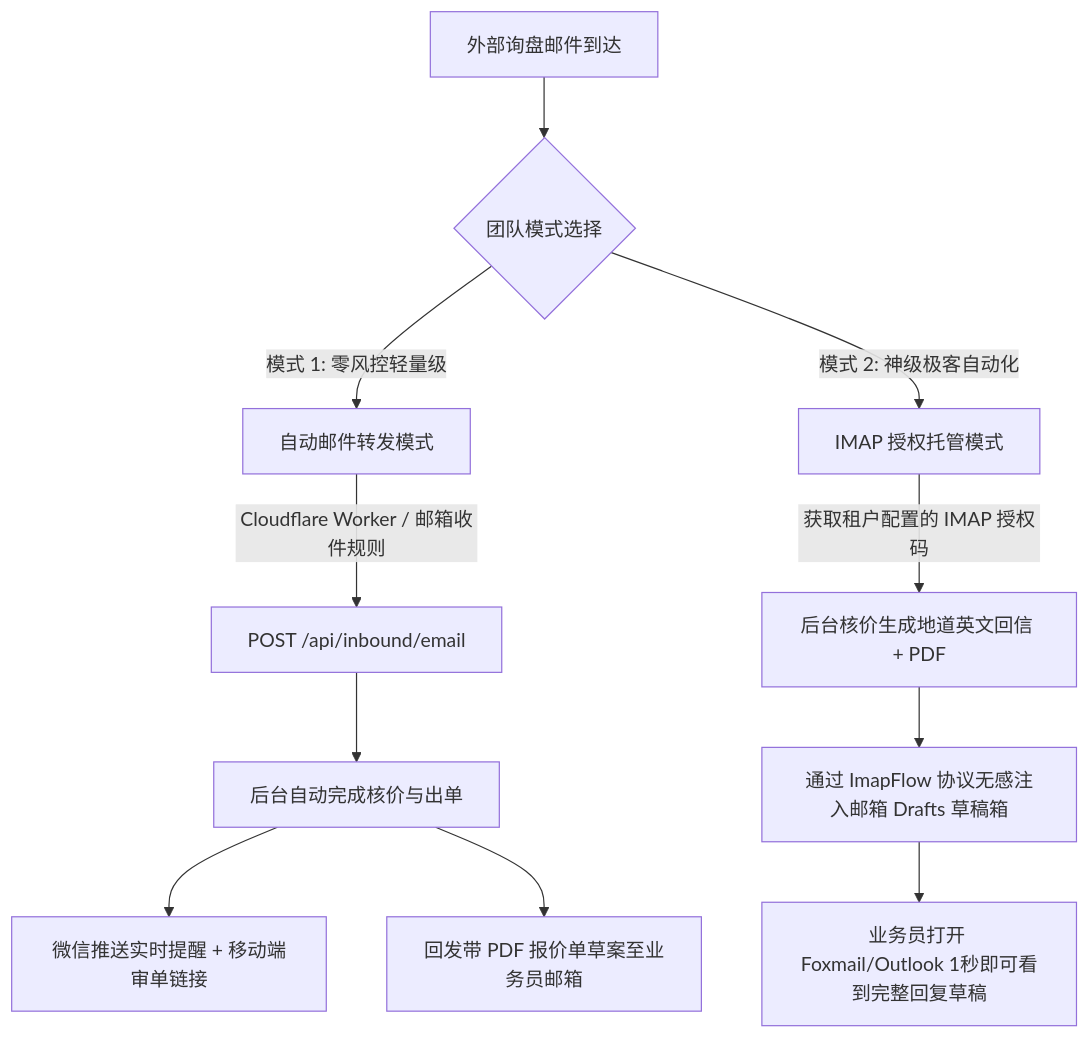
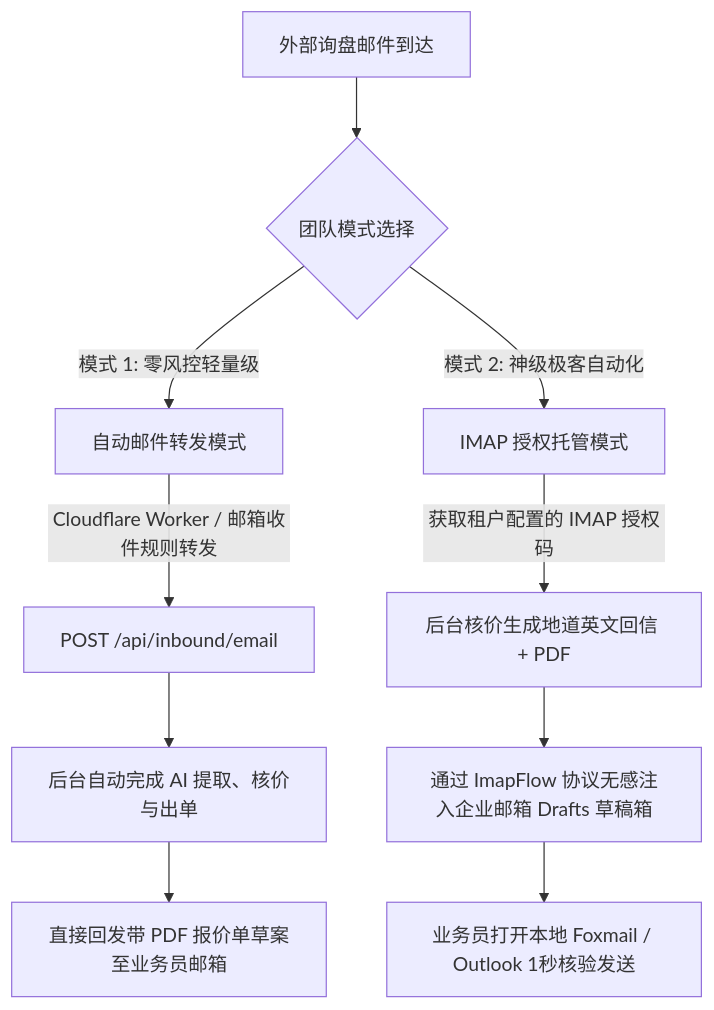
Before and after one commit to KelvinTsui820/kelvinflow-quote-engine: the second of 2 diagrams in SYSTEM_SPECIFICATION.md, drawn with Mermaid. The commit also changed other lines of this file and 1 other file, not shown here.

First line of the commit message:
docs: align system specification with authoritative dual-sheet pricing & email delivery rules

````diff
--- a/SYSTEM_SPECIFICATION.md
+++ b/SYSTEM_SPECIFICATION.md
@@ -310,15 +293,14 @@
 ```mermaid
 graph TD
     IN[外部询盘邮件到达] --> DECIDE{团队模式选择}
     DECIDE -->|模式 1: 零风控轻量级| M1[自动邮件转发模式]
     DECIDE -->|模式 2: 神级极客自动化| M2[IMAP 授权托管模式]
 
-    M1 -->|Cloudflare Worker / 邮箱收件规则| M1_API[POST /api/inbound/email]
-    M1_API --> M1_CORE[后台自动完成核价与出单]
-    M1_CORE --> M1_PUSH[微信推送实时提醒 + 移动端审单链接]
-    M1_CORE --> M1_MAIL[回发带 PDF 报价单草案至业务员邮箱]
+    M1 -->|Cloudflare Worker / 邮箱收件规则转发| M1_API[POST /api/inbound/email]
+    M1_API --> M1_CORE[后台自动完成 AI 提取、核价与出单]
+    M1_CORE --> M1_MAIL[直接回发带 PDF 报价单草案至业务员邮箱]
 
     M2 -->|获取租户配置的 IMAP 授权码| M2_CORE[后台核价生成地道英文回信 + PDF]
-    M2_CORE --> M2_INJECT[通过 ImapFlow 协议无感注入邮箱 Drafts 草稿箱]
-    M2_INJECT --> M2_FOXMAIL[业务员打开 Foxmail/Outlook 1秒即可看到完整回复草稿]
+    M2_CORE --> M2_INJECT[通过 ImapFlow 协议无感注入企业邮箱 Drafts 草稿箱]
+    M2_INJECT --> M2_FOXMAIL[业务员打开本地 Foxmail / Outlook 1秒核验发送]
 ```
````
